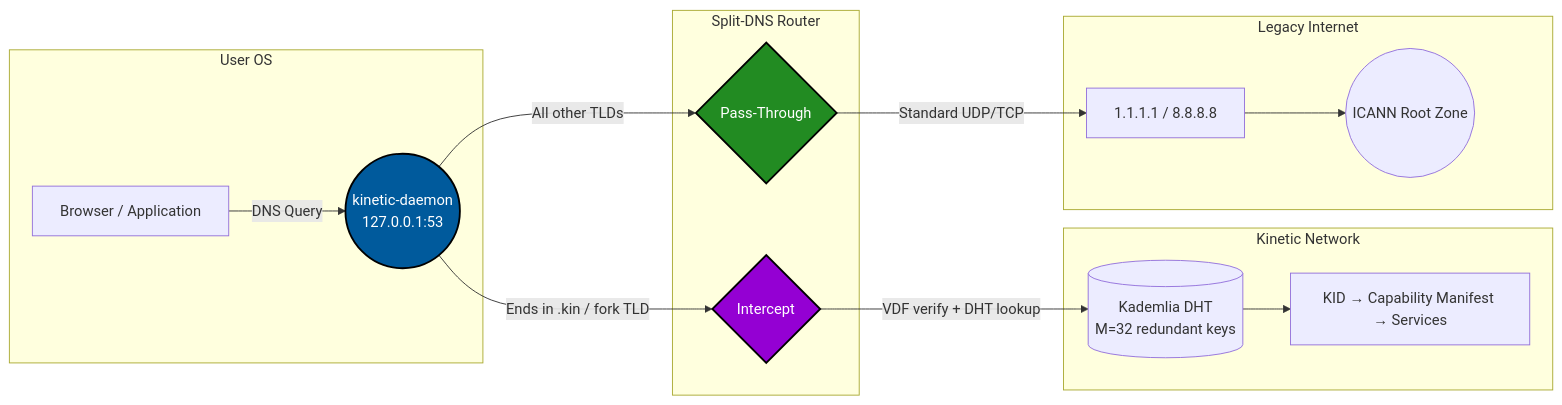
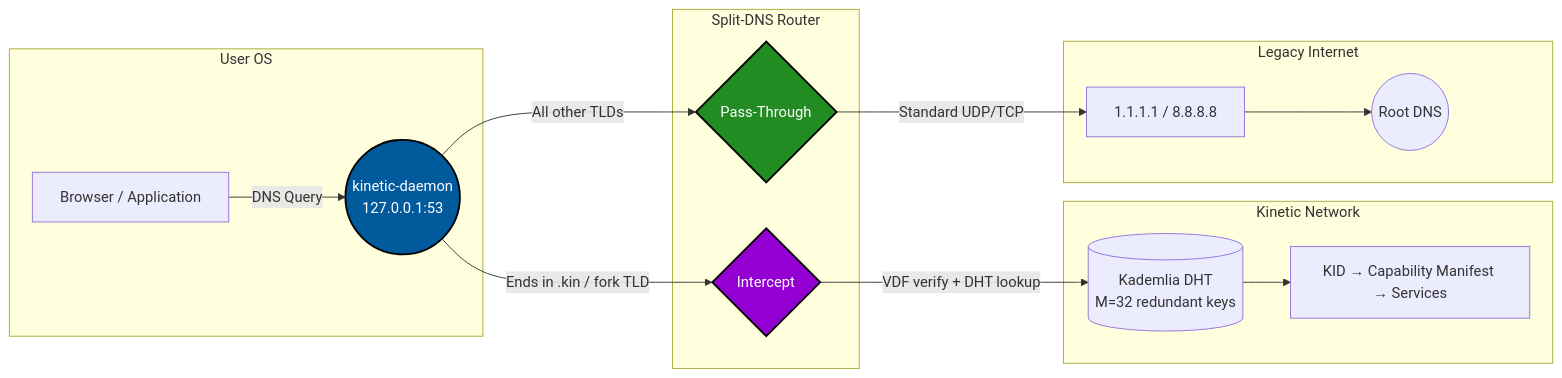
One commit to saifmukhtar/kinetic changed the diagram in README.md. Above: the diagram before and after it, drawn with Mermaid. The commit also changed other lines of this file, not shown here.

Commit message:
docs: README rewrite v2 — install scripts as quick start, Podman sim, kinetic-client section, no named competitors, build-from-source in dev section

````diff
--- a/README.md
+++ b/README.md
@@ -132,27 +134,27 @@
 ```mermaid
 graph LR
-    subgraph User OS
-        App[Browser / Application]
-        Daemon((kinetic-daemon\n127.0.0.1:53))
+    subgraph "User OS"
+        App["Browser / Application"]
+        Daemon(("kinetic-daemon\n127.0.0.1:53"))
         App -->|DNS Query| Daemon
     end
 
-    subgraph Split-DNS Router
-        Daemon -->|Ends in .kin / fork TLD| Intercept{Intercept}
-        Daemon -->|All other TLDs| Pass{Pass-Through}
+    subgraph "Split-DNS Router"
+        Daemon -->|"Ends in .kin / fork TLD"| Intercept{"Intercept"}
+        Daemon -->|"All other TLDs"| Pass{"Pass-Through"}
     end
 
-    subgraph Kinetic Network
-        Intercept -->|VDF verify + DHT lookup| DHT[(Kademlia DHT\nM=32 redundant keys)]
-        DHT --> KID[KID → Capability Manifest → Services]
+    subgraph "Kinetic Network"
+        Intercept -->|"VDF verify + DHT lookup"| DHT[("Kademlia DHT\nM=32 redundant keys")]
+        DHT --> KID["KID → Capability Manifest → Services"]
     end
 
-    subgraph Legacy Internet
-        Pass -->|Standard UDP/TCP| Upstream[1.1.1.1 / 8.8.8.8]
-        Upstream --> ICANN((ICANN Root Zone))
+    subgraph "Legacy Internet"
+        Pass -->|"Standard UDP/TCP"| Upstream["1.1.1.1 / 8.8.8.8"]
+        Upstream --> Root(("Root DNS"))
     end
 
     style Daemon fill:#005A9C,stroke:#000,stroke-width:2px,color:#fff
     style Intercept fill:#9400D3,stroke:#000,stroke-width:2px,color:#fff
     style Pass fill:#228B22,stroke:#000,stroke-width:2px,color:#fff
 ```
````
